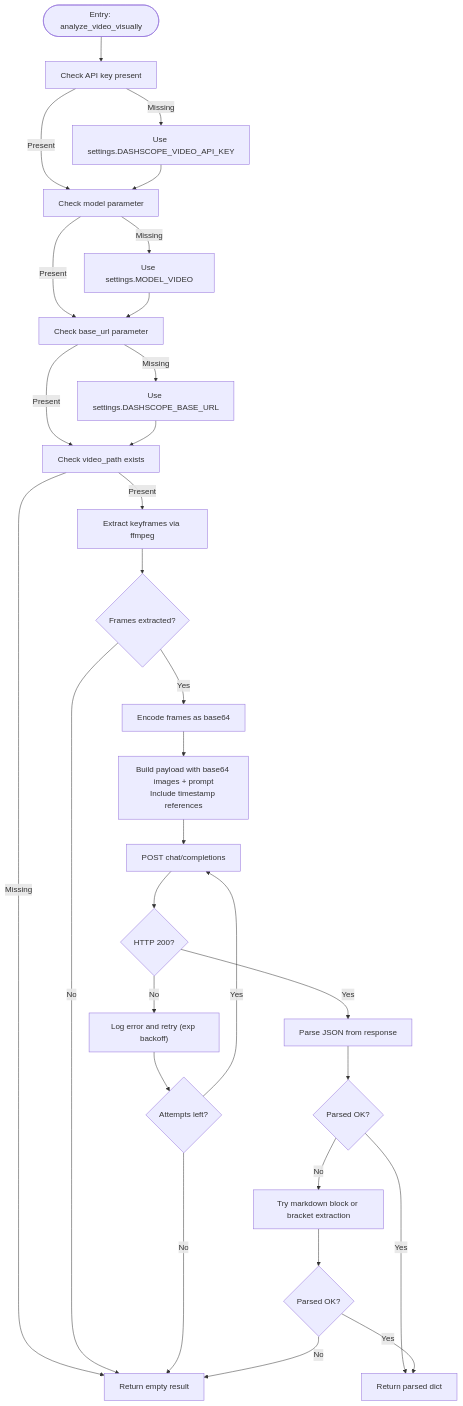
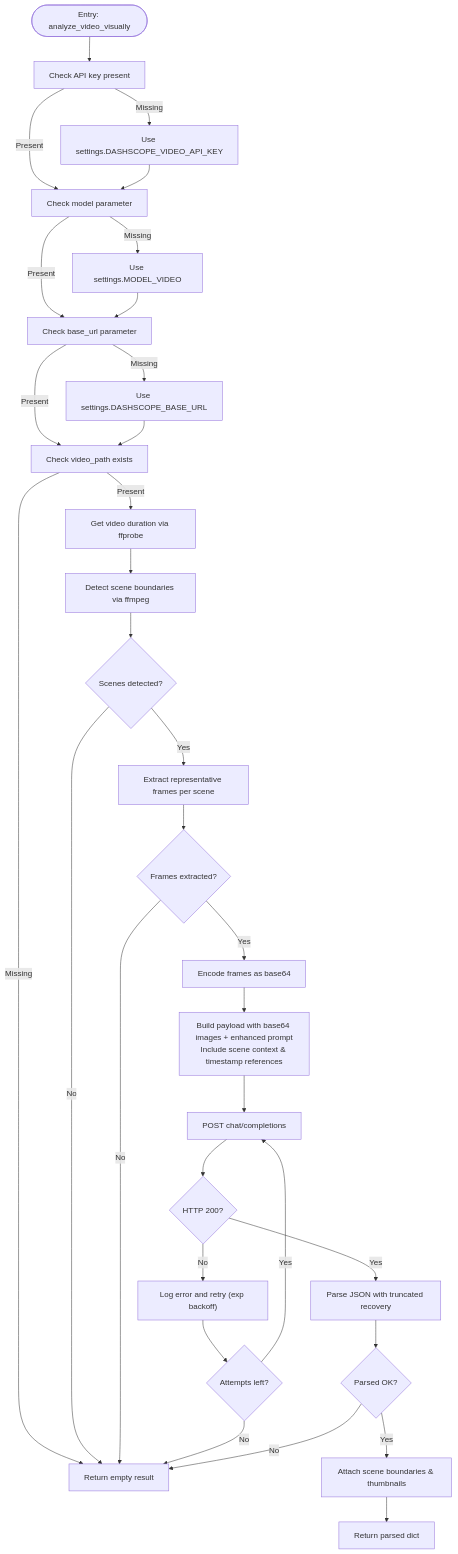
One commit to alexandreybasta-cyber/dubai-media-ai changed the third of 8 diagrams in .qoder/repowiki/en/content/Media Processing Pipeline/Visual Analysis Stage.md. Above: the diagram before and after it, drawn with Mermaid. The commit also changed other lines of this file and 49 other files, not shown here.

````diff
--- a/.qoder/repowiki/en/content/Media Processing Pipeline/Visual Analysis Stage.md
+++ b/.qoder/repowiki/en/content/Media Processing Pipeline/Visual Analysis Stage.md
@@ -174,32 +202,34 @@
 ```mermaid
 flowchart TD
 Start(["Entry: analyze_video_visually"]) --> CheckKey["Check API key present"]
 CheckKey --> |Missing| FallbackKey["Use settings.DASHSCOPE_VIDEO_API_KEY"]
 CheckKey --> |Present| CheckModel["Check model parameter"]
 CheckModel --> |Missing| FallbackModel["Use settings.MODEL_VIDEO"]
 CheckModel --> |Present| CheckBaseURL["Check base_url parameter"]
 CheckBaseURL --> |Missing| FallbackBaseURL["Use settings.DASHSCOPE_BASE_URL"]
 CheckBaseURL --> |Present| CheckVideo["Check video_path exists"]
 FallbackKey --> CheckModel
 FallbackModel --> CheckBaseURL
 FallbackBaseURL --> CheckVideo
 CheckVideo --> |Missing| Empty["Return empty result"]
-CheckVideo --> |Present| ExtractFrames["Extract keyframes via ffmpeg"]
+CheckVideo --> |Present| GetDuration["Get video duration via ffprobe"]
+GetDuration --> DetectScenes["Detect scene boundaries via ffmpeg"]
+DetectScenes --> ScenesOK{"Scenes detected?"}
+ScenesOK --> |No| Empty
+ScenesOK --> |Yes| ExtractFrames["Extract representative frames per scene"]
 ExtractFrames --> FramesOK{"Frames extracted?"}
 FramesOK --> |No| Empty
 FramesOK --> |Yes| EncodeFrames["Encode frames as base64"]
-EncodeFrames --> BuildPayload["Build payload with base64 images + prompt<br/>Include timestamp references"]
+EncodeFrames --> BuildPayload["Build payload with base64 images + enhanced prompt<br/>Include scene context & timestamp references"]
 BuildPayload --> CallAPI["POST chat/completions"]
 CallAPI --> RespOK{"HTTP 200?"}
 RespOK --> |No| LogErr["Log error and retry (exp backoff)"]
 LogErr --> Attempts{"Attempts left?"}
 Attempts --> |Yes| CallAPI
 Attempts --> |No| Empty
-RespOK --> |Yes| Parse["Parse JSON from response"]
+RespOK --> |Yes| Parse["Parse JSON with truncated recovery"]
 Parse --> Parsed{"Parsed OK?"}
-Parsed --> |Yes| Return["Return parsed dict"]
-Parsed --> |No| Fallback["Try markdown block or bracket extraction"]
-Fallback --> Parsed2{"Parsed OK?"}
-Parsed2 --> |Yes| Return
-Parsed2 --> |No| Empty
+Parsed --> |Yes| AttachBoundaries["Attach scene boundaries & thumbnails"]
+AttachBoundaries --> Return["Return parsed dict"]
+Parsed --> |No| Empty
 ```
````
